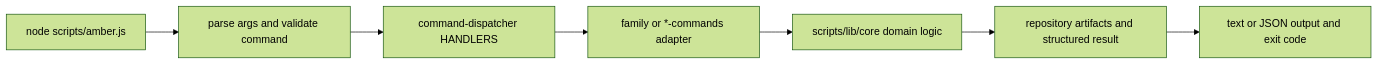
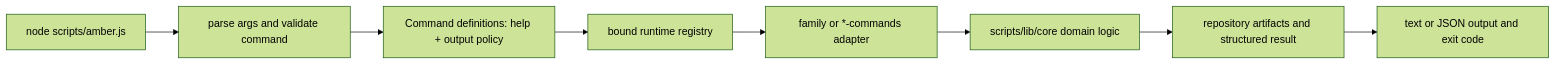
Before and after one commit to Bandersnatch0x/amber-protocol: the diagram in docs/wiki/knowledge/cli-architecture-command-dispatch/cli-architecture-command-dispatch.md, drawn with Mermaid (forest theme). The commit also changed other lines of this file and 4 other files, not shown here.

````diff
--- a/docs/wiki/knowledge/cli-architecture-command-dispatch/cli-architecture-command-dispatch.md
+++ b/docs/wiki/knowledge/cli-architecture-command-dispatch/cli-architecture-command-dispatch.md
@@ -49,9 +49,10 @@
 ```mermaid
 flowchart LR
     Shell["node scripts/amber.js"] --> Entry["parse args and validate command"]
-    Entry --> Registry["command-dispatcher HANDLERS"]
+    Entry --> Definition["Command definitions: help + output policy"]
+    Definition --> Registry["bound runtime registry"]
     Registry --> Family["family or *-commands adapter"]
     Family --> Core["scripts/lib/core domain logic"]
     Core --> Artifacts["repository artifacts and structured result"]
     Artifacts --> Output["text or JSON output and exit code"]
 ```
````
